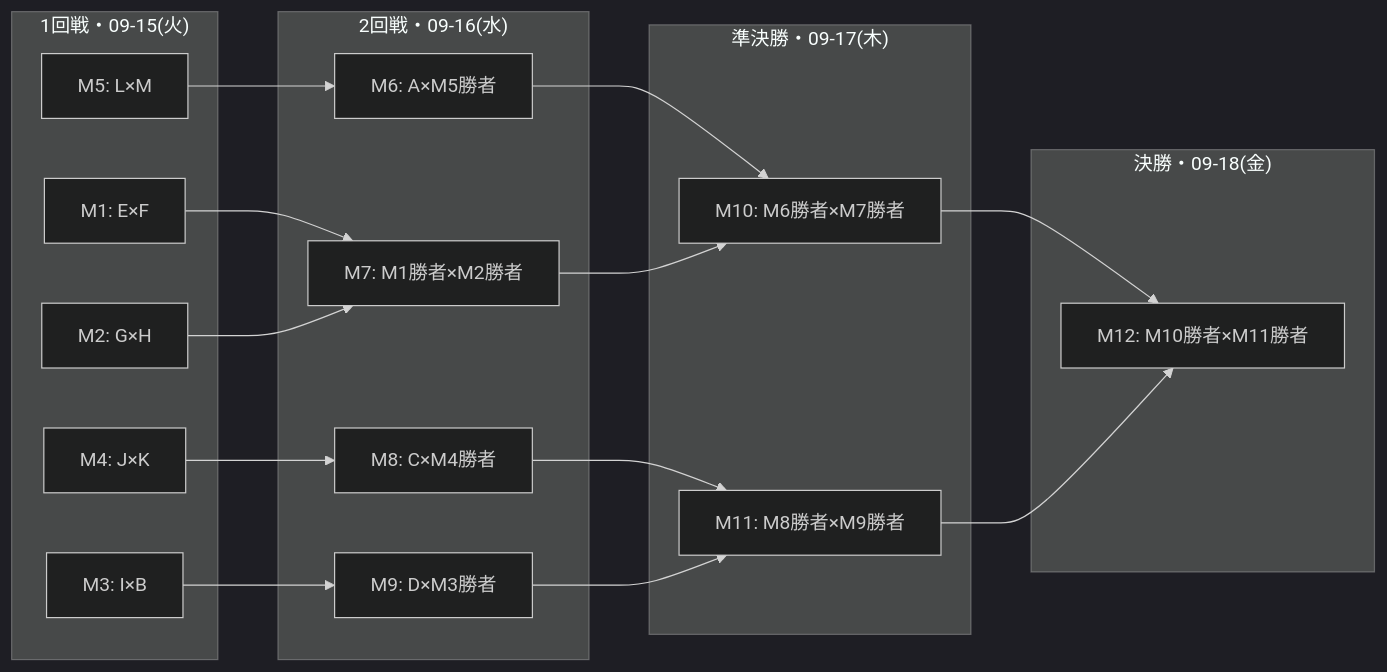
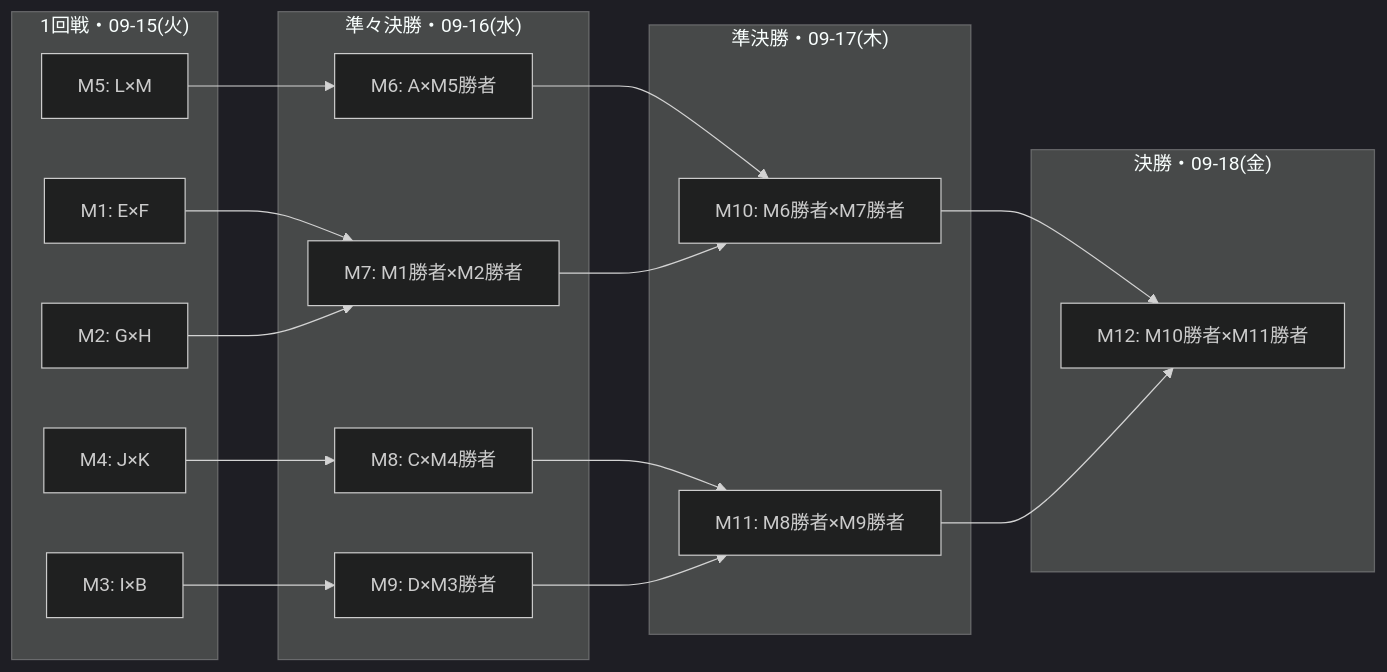
The diagram in docs/GUIDES/service/overview/004-week-tournament-rules.md (kurachiweb/genai-example-2-launch-platform), drawn with Mermaid (dark theme) before and after one commit. The commit also changed other lines of this file and 3 other files, not shown here.

````diff
--- a/docs/GUIDES/service/overview/004-week-tournament-rules.md
+++ b/docs/GUIDES/service/overview/004-week-tournament-rules.md
@@ -138,34 +138,34 @@
 ```mermaid
 flowchart LR
     subgraph R1["1回戦・09-15(火)"]
         M1["M1: E×F"]
         M2["M2: G×H"]
         M3["M3: I×B"]
         M4["M4: J×K"]
         M5["M5: L×M"]
     end
-    subgraph R2["2回戦・09-16(水)"]
+    subgraph R2["準々決勝・09-16(水)"]
         M6["M6: A×M5勝者"]
         M7["M7: M1勝者×M2勝者"]
         M8["M8: C×M4勝者"]
         M9["M9: D×M3勝者"]
     end
     subgraph R3["準決勝・09-17(木)"]
         M10["M10: M6勝者×M7勝者"]
         M11["M11: M8勝者×M9勝者"]
     end
     subgraph R4["決勝・09-18(金)"]
         M12["M12: M10勝者×M11勝者"]
     end
     M1 --> M7
     M2 --> M7
     M3 --> M9
     M4 --> M8
     M5 --> M6
     M6 --> M10
     M7 --> M10
     M8 --> M11
     M9 --> M11
     M10 --> M12
     M11 --> M12
 ```
````
